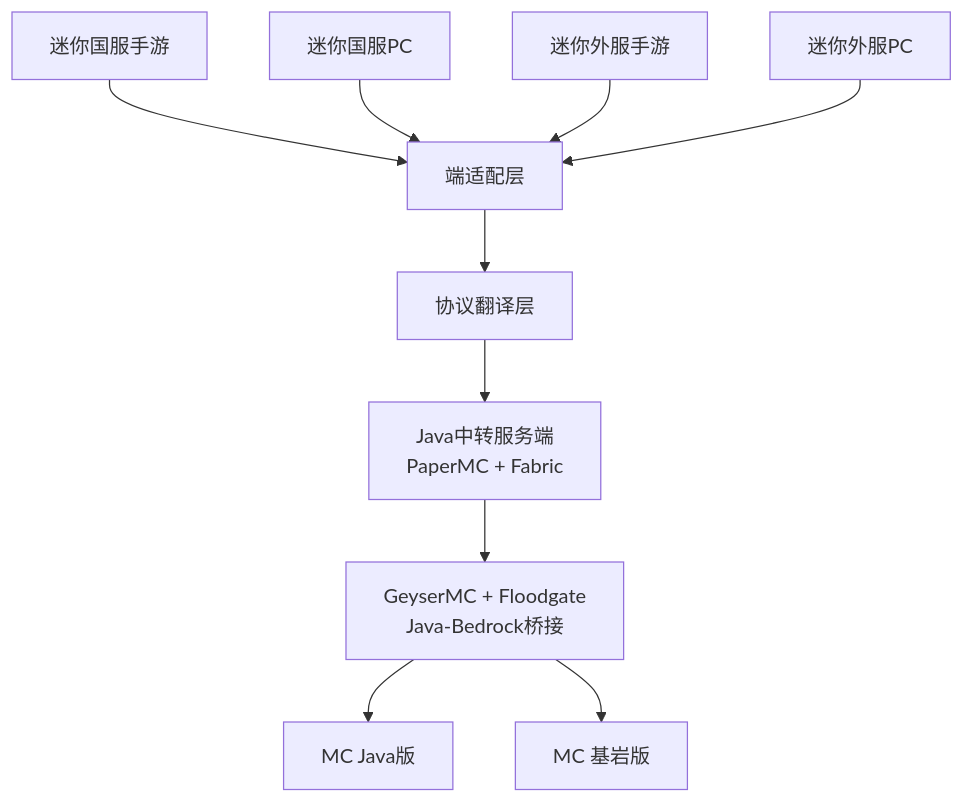
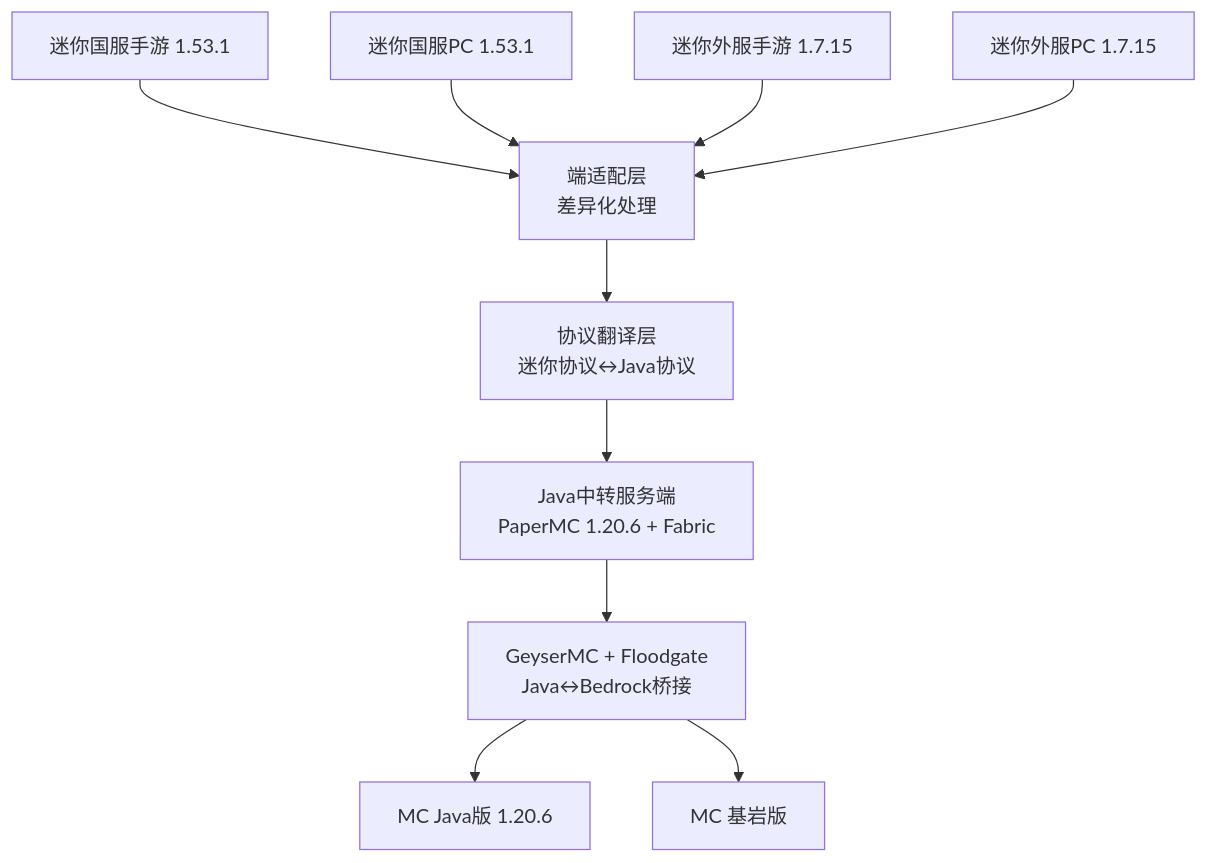
Before and after one commit to StarsailsClover/Minecraft.and.MiniWorldCreata-CrossPlatform-CrossPlay: the diagram in README.md, drawn with Mermaid. The commit also changed other lines of this file and 15 other files, not shown here.

````diff
--- a/README.md
+++ b/README.md
@@ -40,20 +59,20 @@
 ```mermaid
 flowchart TD
-    A1[迷你国服手游]
-    A2[迷你国服PC]
-    A3[迷你外服手游]
-    A4[迷你外服PC]
-    B[端适配层]
-    C[协议翻译层]
-    D[Java中转服务端<br/>PaperMC + Fabric]
-    E[GeyserMC + Floodgate<br/>Java-Bedrock桥接]
-    F[MC Java版]
+    A1[迷你国服手游 1.53.1]
+    A2[迷你国服PC 1.53.1]
+    A3[迷你外服手游 1.7.15]
+    A4[迷你外服PC 1.7.15]
+    B[端适配层<br/>差异化处理]
+    C[协议翻译层<br/>迷你协议↔Java协议]
+    D[Java中转服务端<br/>PaperMC 1.20.6 + Fabric]
+    E[GeyserMC + Floodgate<br/>Java↔Bedrock桥接]
+    F[MC Java版 1.20.6]
     G[MC 基岩版]
 
     A1 & A2 & A3 & A4 --> B
     B --> C
     C --> D
     D --> E
     E --> F
     E --> G
 ```
````
